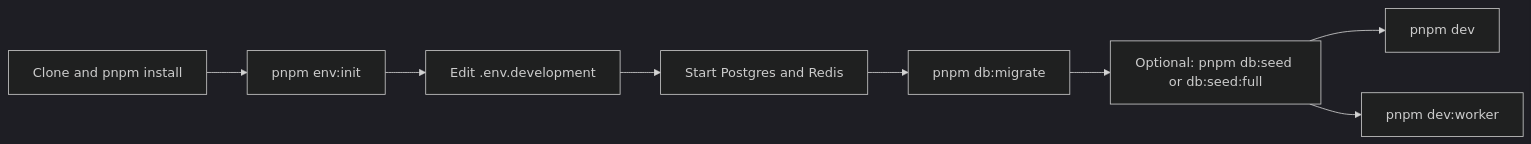
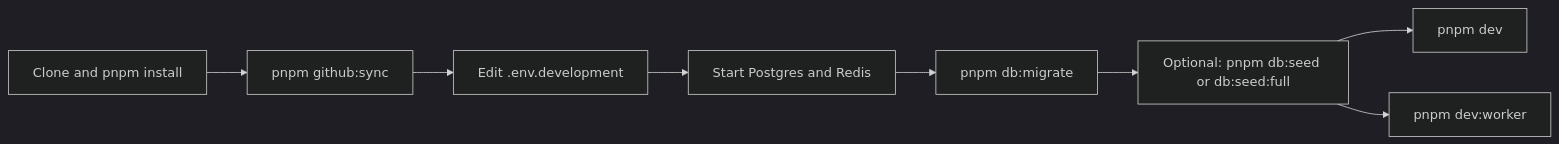
One commit to nikunjmavani/core-be changed the diagram in docs/getting-started/setup.md. Above: the diagram before and after it, drawn with Mermaid (dark theme). The commit also changed other lines of this file and 117 other files, not shown here.

````diff
--- a/docs/getting-started/setup.md
+++ b/docs/getting-started/setup.md
@@ -28,10 +28,10 @@
 ```mermaid
 flowchart LR
-  A[Clone and pnpm install] --> B[pnpm env:init]
+  A[Clone and pnpm install] --> B[pnpm github:sync]
   B --> C[Edit .env.development]
   C --> D[Start Postgres and Redis]
   D --> E[pnpm db:migrate]
   E --> F[Optional: pnpm db:seed or db:seed:full]
   F --> G[pnpm dev]
   F --> H[pnpm dev:worker]
 ```
````
